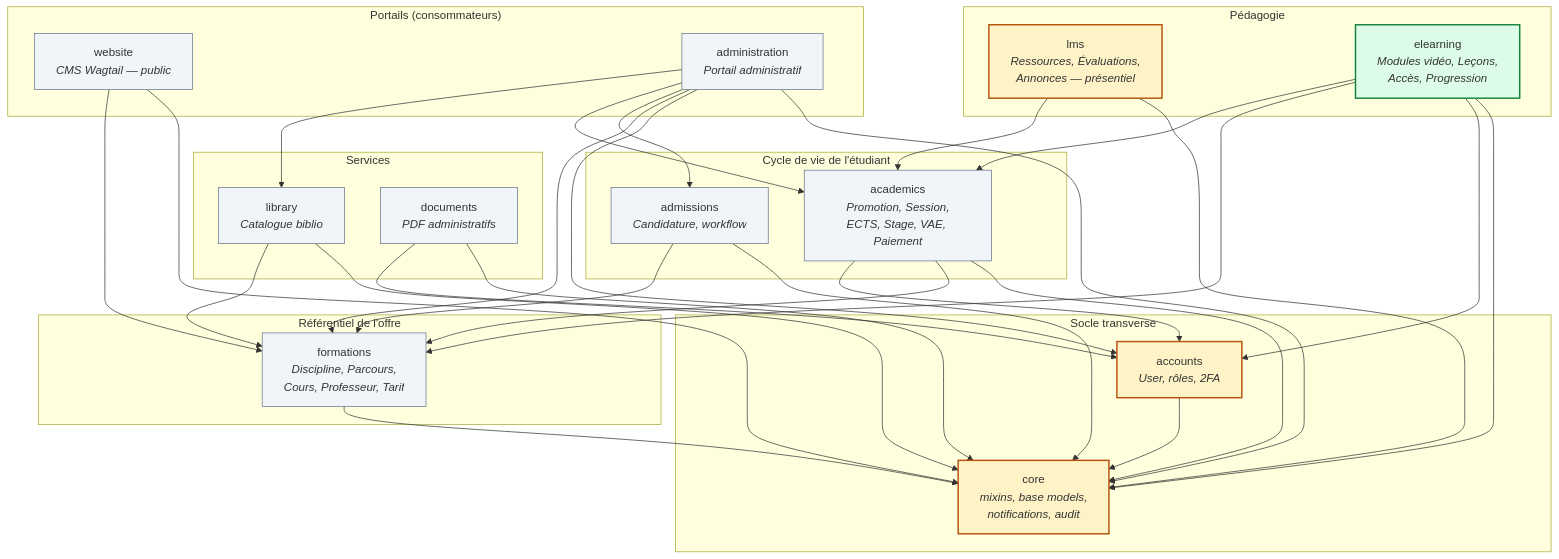
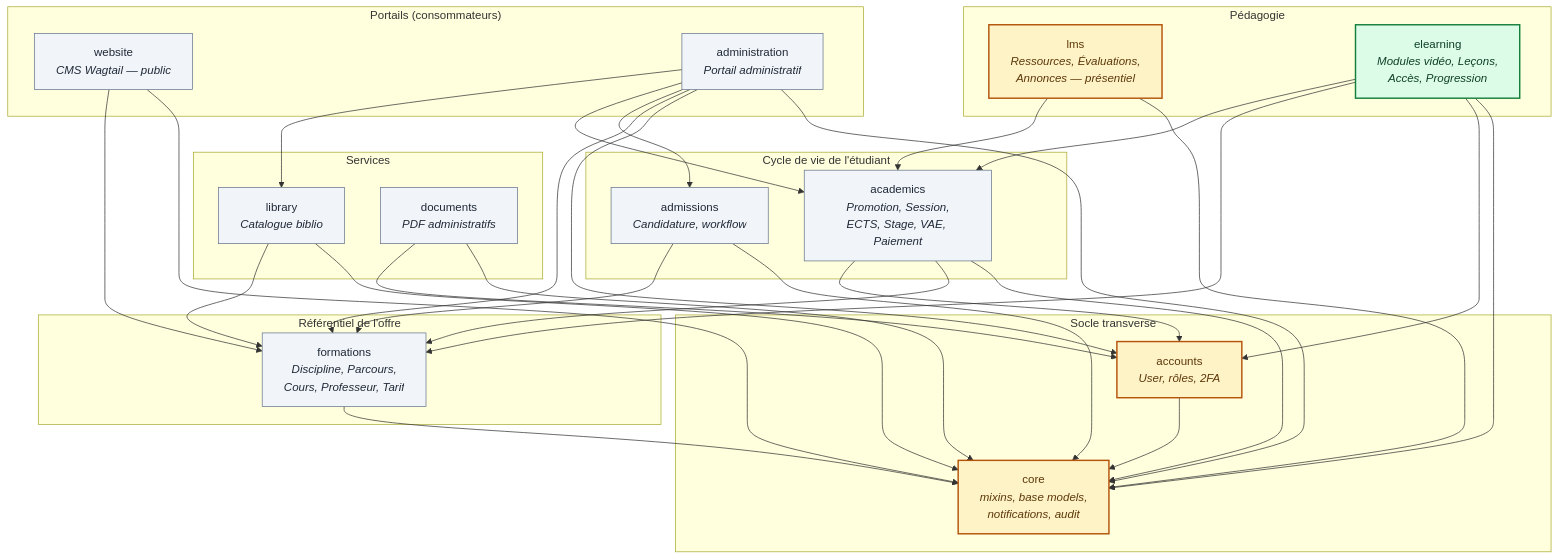
One commit to beaudelaire1/iteag changed the second of 22 diagrams in docs/architecture/uml.md. Above: the diagram before and after it, drawn with Mermaid. The commit also changed other lines of this file and 1 other file, not shown here.

First line of the commit message:
docs(uml): corriger la lisibilité des diagrammes en thème sombre

````diff
--- a/docs/architecture/uml.md
+++ b/docs/architecture/uml.md
@@ -142,49 +142,49 @@
 ```mermaid
 graph TB
     subgraph SOCLE["Socle transverse"]
         core["core<br/><i>mixins, base models,<br/>notifications, audit</i>"]
         accounts["accounts<br/><i>User, rôles, 2FA</i>"]
     end
 
     subgraph REFERENTIEL["Référentiel de l'offre"]
         formations["formations<br/><i>Discipline, Parcours,<br/>Cours, Professeur, Tarif</i>"]
     end
 
     subgraph PARCOURS_ETU["Cycle de vie de l'étudiant"]
         admissions["admissions<br/><i>Candidature, workflow</i>"]
         academics["academics<br/><i>Promotion, Session,<br/>ECTS, Stage, VAE, Paiement</i>"]
     end
 
     subgraph PEDAGOGIE["Pédagogie"]
         lms["lms<br/><i>Ressources, Évaluations,<br/>Annonces — présentiel</i>"]
         elearning["elearning<br/><i>Modules vidéo, Leçons,<br/>Accès, Progression</i>"]
     end
 
     subgraph SERVICES["Services"]
         library["library<br/><i>Catalogue biblio</i>"]
         documents["documents<br/><i>PDF administratifs</i>"]
     end
 
     subgraph PORTAILS["Portails (consommateurs)"]
         website["website<br/><i>CMS Wagtail — public</i>"]
         administration["administration<br/><i>Portail administratif</i>"]
     end
 
     accounts --> core
     formations --> core
     admissions --> core & formations
     academics --> core & formations & accounts
     lms --> core & academics
     elearning --> core & accounts & formations & academics
     library --> core & formations
     documents --> core & accounts
     website --> core & formations
     administration --> core & accounts & formations & admissions & academics & library
 
-    classDef nouveau fill:#DCFCE7,stroke:#15803D,stroke-width:2px
-    classDef etendre fill:#FEF3C7,stroke:#B45309,stroke-width:2px
-    classDef existant fill:#F1F5F9,stroke:#64748B
+    classDef nouveau fill:#DCFCE7,stroke:#15803D,stroke-width:2px,color:#0E3F27
+    classDef etendre fill:#FEF3C7,stroke:#B45309,stroke-width:2px,color:#5C3708
+    classDef existant fill:#F1F5F9,stroke:#64748B,color:#1F2937
     class elearning nouveau
     class core,accounts,lms etendre
     class formations,admissions,academics,library,documents,website,administration existant
 ```
````
